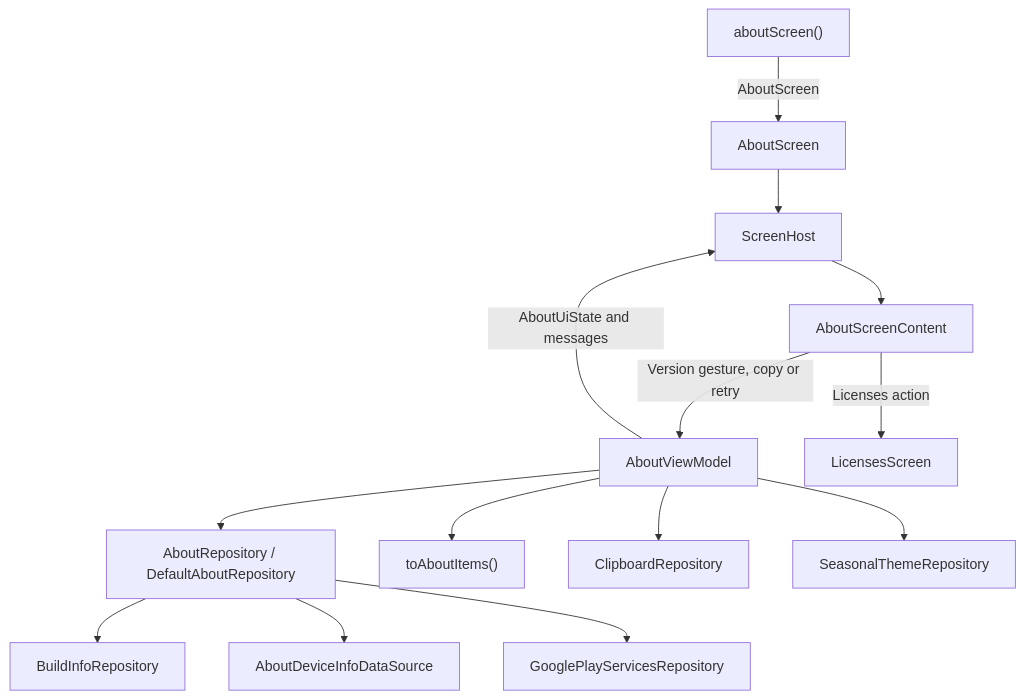
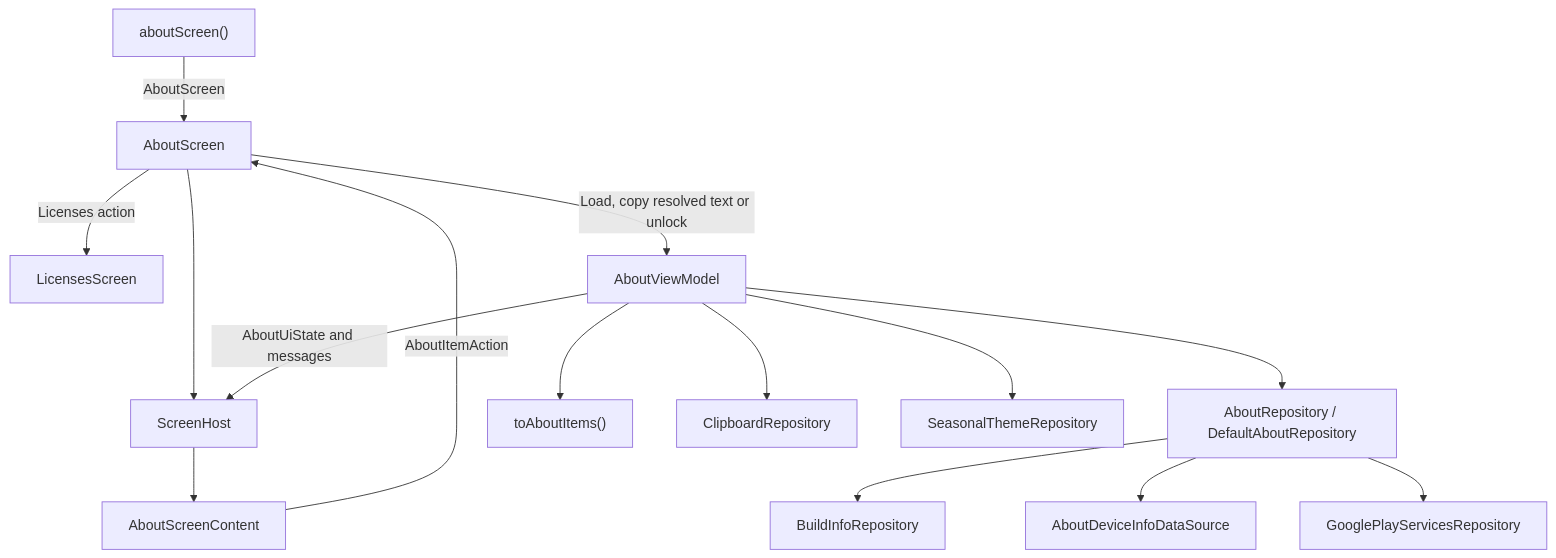
One commit to MihaiCristianCondrea/App-Toolkit-for-Android changed the diagram in library/feature/about/README.md. Above: the diagram before and after it, drawn with Mermaid. The commit also changed other lines of this file and 229 other files, not shown here.

````diff
--- a/library/feature/about/README.md
+++ b/library/feature/about/README.md
@@ -55,16 +55,17 @@
 ```mermaid
 flowchart TD
     Entry["aboutScreen()"] -->|"AboutScreen"| Screen["AboutScreen"]
     Screen --> Host["ScreenHost"]
     Host --> Content["AboutScreenContent"]
-    Content -->|"Version gesture, copy or retry"| VM["AboutViewModel"]
-    Content -->|"Licenses action"| Licenses["LicensesScreen"]
+    Content -->|"AboutItemAction"| Screen
+    Screen -->|"Licenses action"| Licenses["LicensesScreen"]
+    Screen -->|"Load, copy resolved text or unlock"| VM["AboutViewModel"]
     VM -->|"AboutUiState and messages"| Host
     VM --> Repo["AboutRepository / DefaultAboutRepository"]
     Repo --> Build["BuildInfoRepository"]
     Repo --> Device["AboutDeviceInfoDataSource"]
     Repo --> Gms["GooglePlayServicesRepository"]
     VM --> Mapper["toAboutItems()"]
     VM --> Clipboard["ClipboardRepository"]
     VM --> Unlock["SeasonalThemeRepository"]
 ```
````
